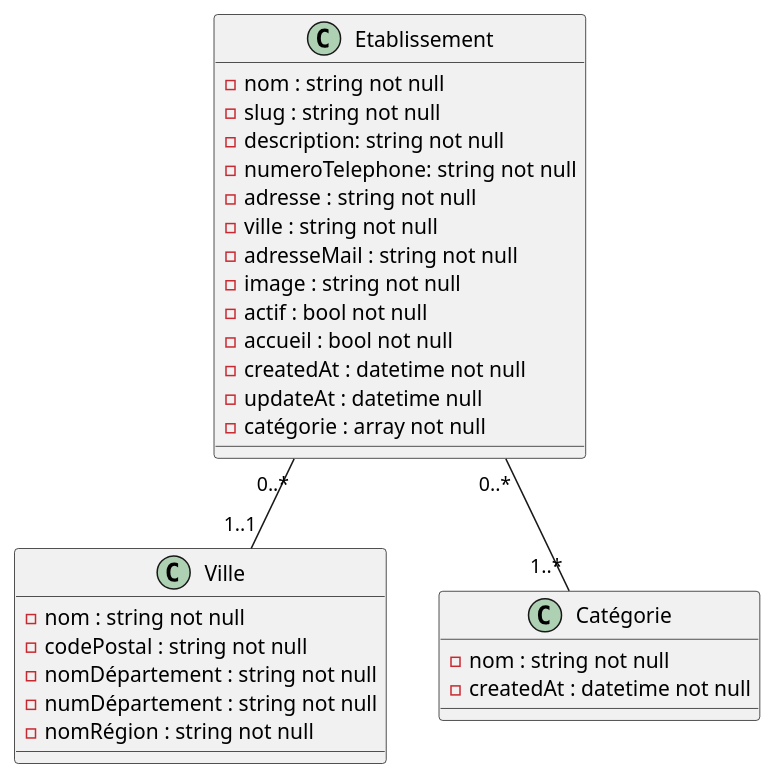
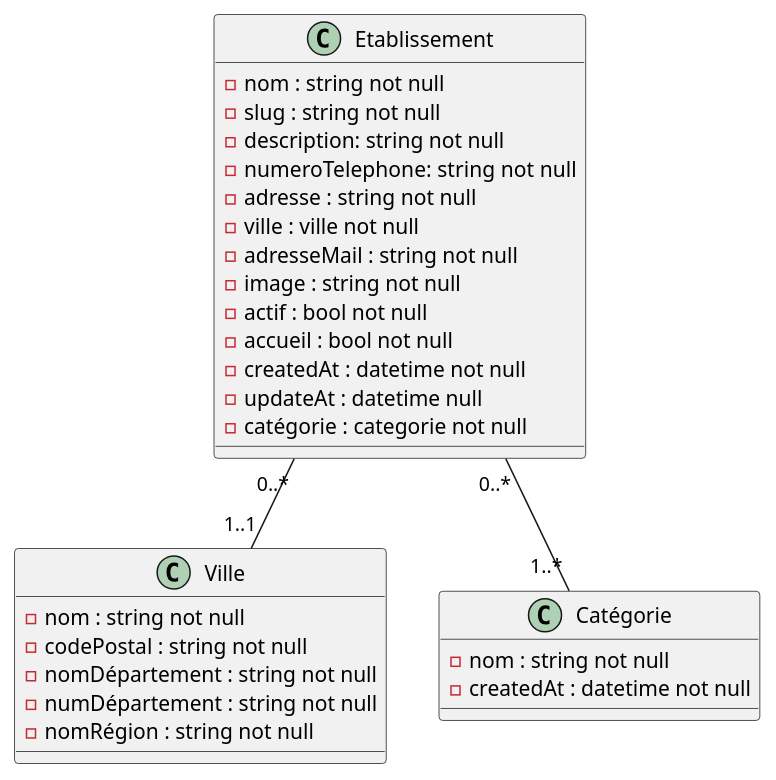
One commit to RomainFerr/FC-Tourisme changed the diagram in documentations/diagramme.puml. Above: the diagram before and after it, drawn with PlantUML. The commit also changed 21 other files, not shown here.

```diff
--- a/documentations/diagramme.puml
+++ b/documentations/diagramme.puml
@@ -1,35 +1,35 @@
 @startuml
 class Etablissement{
 - nom : string not null
 - slug : string not null
 - description: string not null
 - numeroTelephone: string not null
 - adresse : string not null
-- ville : string not null
+- ville : ville not null
 - adresseMail : string not null
 - image : string not null
 - actif : bool not null
 - accueil : bool not null
 - createdAt : datetime not null
 - updateAt : datetime null
-- catégorie : array not null
+- catégorie : categorie not null
 }
 
 class Ville{
 - nom : string not null
 - codePostal : string not null
 - nomDépartement : string not null
 - numDépartement : string not null
 - nomRégion : string not null
 }
 
 class Catégorie{
 - nom : string not null
 - createdAt : datetime not null
 }
 
 Etablissement "0..*"--"1..1"Ville
 Etablissement "0..*"--"1..*"Catégorie
 
 
 @enduml
```
